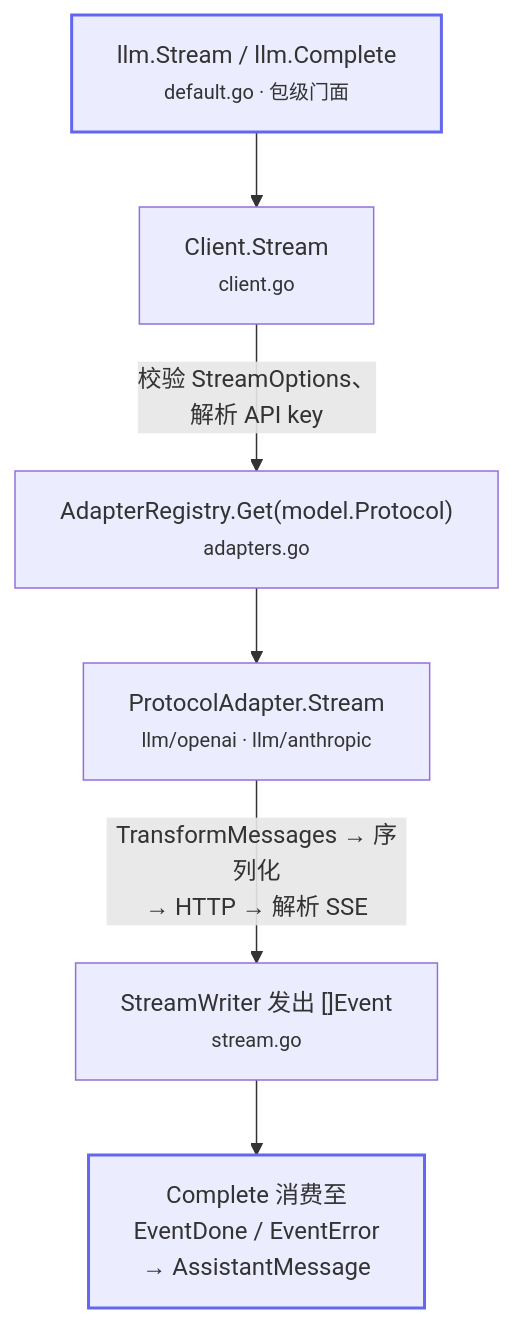
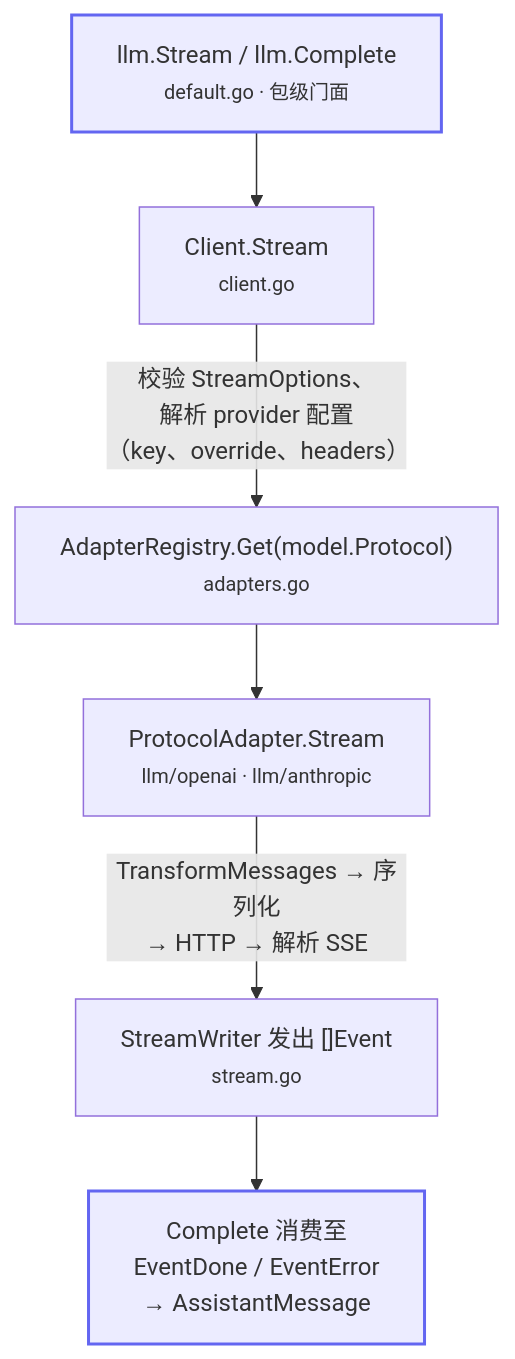
The diagram in llm/README.zh.md (ktsoator/or), drawn with Mermaid before and after one commit. The commit also changed other lines of this file and 2 other files, not shown here.

Commit message:
docs(llm): map provider registry in source map and package overview (#79)

````diff
--- a/llm/README.zh.md
+++ b/llm/README.zh.md
@@ -81,11 +83,11 @@
 ```mermaid
 flowchart TD
     A["llm.Stream / llm.Complete<br/><small>default.go · 包级门面</small>"] --> B["Client.Stream<br/><small>client.go</small>"]
-    B -->|"校验 StreamOptions、<br/>解析 API key"| C["AdapterRegistry.Get(model.Protocol)<br/><small>adapters.go</small>"]
+    B -->|"校验 StreamOptions、<br/>解析 provider 配置<br/>（key、override、headers）"| C["AdapterRegistry.Get(model.Protocol)<br/><small>adapters.go</small>"]
     C --> D["ProtocolAdapter.Stream<br/><small>llm/openai · llm/anthropic</small>"]
     D -->|"TransformMessages → 序列化<br/>→ HTTP → 解析 SSE"| E["StreamWriter 发出 []Event<br/><small>stream.go</small>"]
     E --> F["Complete 消费至<br/>EventDone / EventError<br/>→ AssistantMessage"]
 
     classDef entry stroke:#6366f1,stroke-width:2px;
     class A,F entry;
 ```
````
